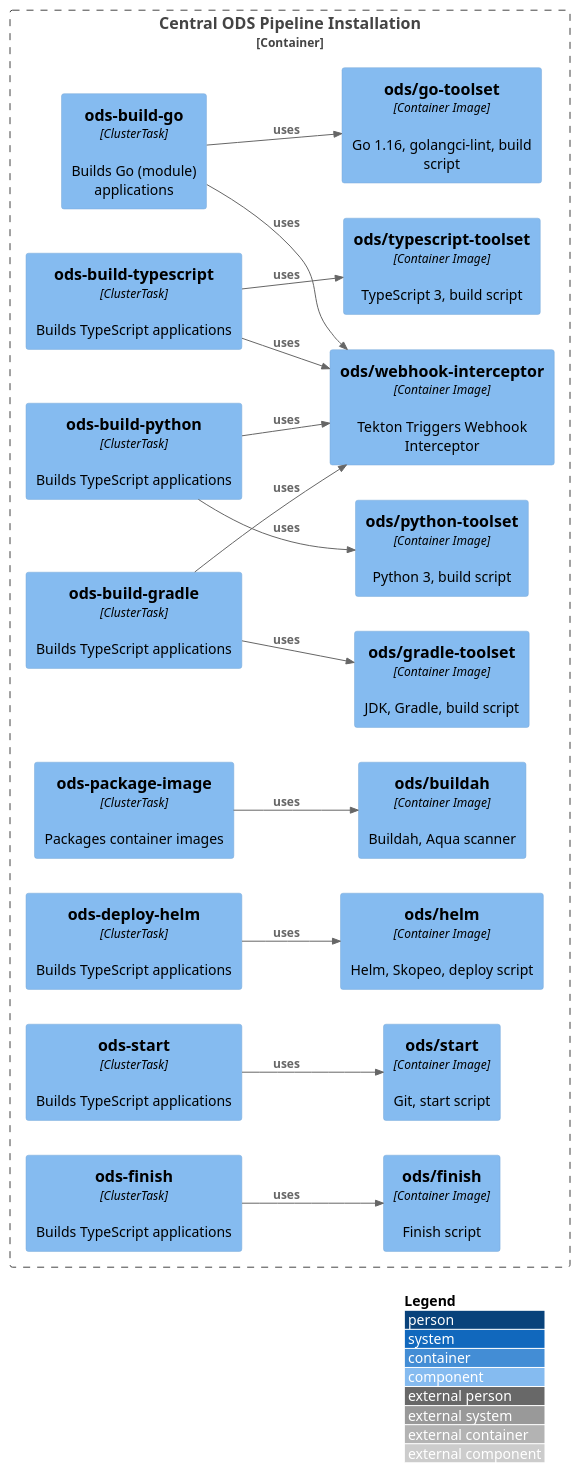
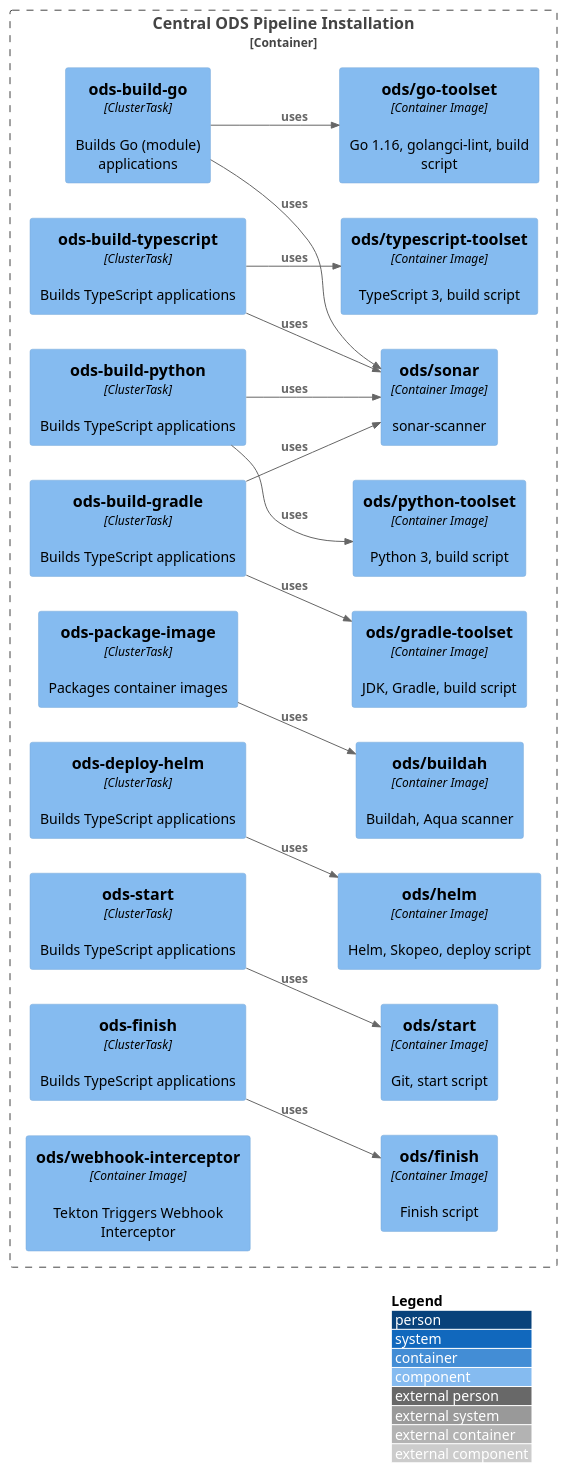
The diagram in docs/architecture/component-central-installation.puml (opendevstack/ods-pipeline), drawn with PlantUML before and after one commit.

Commit message:
Fix image alias [ci skip]

```diff
--- a/docs/architecture/component-central-installation.puml
+++ b/docs/architecture/component-central-installation.puml
@@ -1,60 +1,60 @@
 @startuml "central-installation"
 !include https://raw.githubusercontent.com/plantuml-stdlib/C4-PlantUML/master/C4_Container.puml
 !include https://raw.githubusercontent.com/plantuml-stdlib/C4-PlantUML/master/C4_Component.puml
 ' uncomment the following line and comment the first to use locally
 ' !include C4_Container.puml
 
 LAYOUT_WITH_LEGEND()
 LAYOUT_LEFT_RIGHT()
 
 Container_Boundary(c1, "Central ODS Pipeline Installation"){
     Component(task_build_go, "ods-build-go", "ClusterTask", "Builds Go (module) applications")
     Component(image_go_toolset, "ods/go-toolset", "Container Image", "Go 1.16, golangci-lint, build script")
 
     Component(task_build_typescript, "ods-build-typescript", "ClusterTask", "Builds TypeScript applications")
     Component(image_typescript_toolset, "ods/typescript-toolset", "Container Image", "TypeScript 3, build script")
 
     Component(task_build_python, "ods-build-python", "ClusterTask", "Builds TypeScript applications")
     Component(image_python_toolset, "ods/python-toolset", "Container Image", "Python 3, build script")
 
     Component(task_build_gradle, "ods-build-gradle", "ClusterTask", "Builds TypeScript applications")
     Component(image_gradle_toolset, "ods/gradle-toolset", "Container Image", "JDK, Gradle, build script")
 
     Component(task_package_image, "ods-package-image", "ClusterTask", "Packages container images")
     Component(image_buildah, "ods/buildah", "Container Image", "Buildah, Aqua scanner")
 
     Component(task_deploy_helm, "ods-deploy-helm", "ClusterTask", "Builds TypeScript applications")
     Component(image_helm, "ods/helm", "Container Image", "Helm, Skopeo, deploy script")
 
     Component(task_start, "ods-start", "ClusterTask", "Builds TypeScript applications")
     Component(image_start, "ods/start", "Container Image", "Git, start script")
 
     Component(task_finish, "ods-finish", "ClusterTask", "Builds TypeScript applications")
     Component(image_finish, "ods/finish", "Container Image", "Finish script")
 
     Component(image_sonar, "ods/sonar", "Container Image", "sonar-scanner")
 
-    Component(image_sonar, "ods/webhook-interceptor", "Container Image", "Tekton Triggers Webhook Interceptor")
+    Component(image_webhook_interceptor, "ods/webhook-interceptor", "Container Image", "Tekton Triggers Webhook Interceptor")
 }
 
 Rel(task_build_go, image_go_toolset, "uses")
 Rel(task_build_go, image_sonar, "uses")
 
 Rel(task_build_typescript, image_typescript_toolset, "uses")
 Rel(task_build_typescript, image_sonar, "uses")
 
 Rel(task_build_python, image_python_toolset, "uses")
 Rel(task_build_python, image_sonar, "uses")
 
 Rel(task_build_gradle, image_gradle_toolset, "uses")
 Rel(task_build_gradle, image_sonar, "uses")
 
 Rel(task_package_image, image_buildah, "uses")
 
 Rel(task_deploy_helm, image_helm, "uses")
 
 Rel(task_start, image_start, "uses")
 
 Rel(task_finish, image_finish, "uses")
 
 @enduml
```
